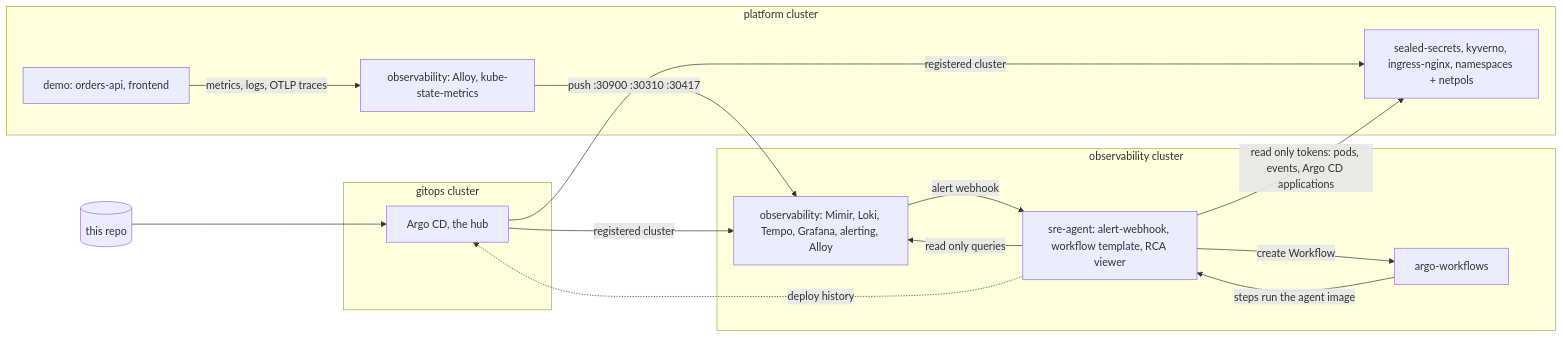
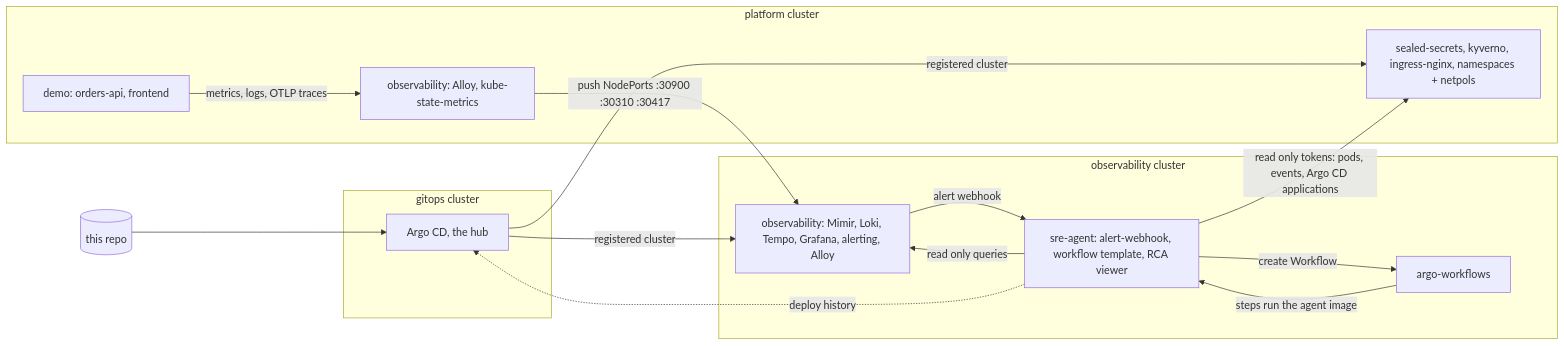
The diagram in README.md (krishnakant888/k8s-sre-platform), drawn with Mermaid before and after one commit. The commit also changed other lines of this file and 3 other files, not shown here.

````diff
--- a/README.md
+++ b/README.md
@@ -57,27 +57,27 @@
 ```mermaid
 flowchart LR
   Git[(this repo)] --> Argo
   subgraph gitops cluster
     Argo[Argo CD, the hub]
   end
   subgraph platform cluster
     Platform[sealed-secrets, kyverno, ingress-nginx, namespaces + netpols]
     Collect[observability: Alloy, kube-state-metrics]
     Demo[demo: orders-api, frontend]
     Demo -->|metrics, logs, OTLP traces| Collect
   end
   subgraph observability cluster
     Stack[observability: Mimir, Loki, Tempo, Grafana, alerting, Alloy]
     AW[argo-workflows]
     Agent[sre-agent: alert-webhook, workflow template, RCA viewer]
     Stack -->|alert webhook| Agent
     Agent -->|create Workflow| AW
     AW -->|steps run the agent image| Agent
     Agent -->|read only queries| Stack
   end
   Argo -->|registered cluster| Platform
   Argo -->|registered cluster| Stack
-  Collect -->|push :30900 :30310 :30417| Stack
+  Collect -->|push NodePorts :30900 :30310 :30417| Stack
   Agent -->|read only tokens: pods, events, Argo CD applications| Platform
   Agent -.->|deploy history| Argo
 ```
````
